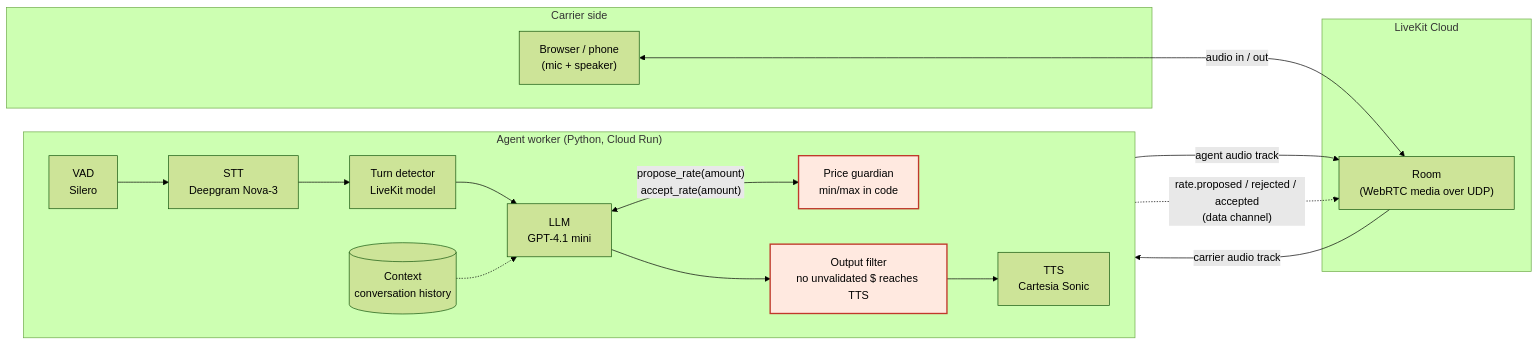
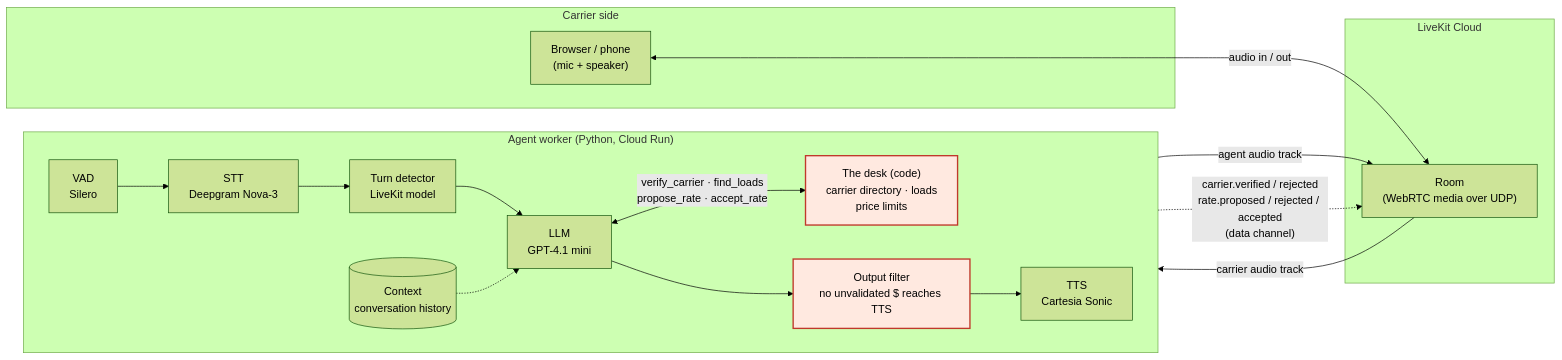
Before and after one commit to JSebastianIEU/voice-freight-negotiator: the diagram in docs/diagrams/01-system-architecture.mmd, drawn with Mermaid (forest theme). The commit also changed 6 other files, not shown here.

First line of the commit message:
docs: ADR-007, verify the caller in code before any rate

```diff
--- a/docs/diagrams/01-system-architecture.mmd
+++ b/docs/diagrams/01-system-architecture.mmd
@@ -1,28 +1,28 @@
 %% System architecture: who talks to whom, and what runs inside the agent process.
 flowchart LR
     subgraph client["Carrier side"]
         B["Browser / phone<br/>(mic + speaker)"]
     end
 
     subgraph lk["LiveKit Cloud"]
         R["Room<br/>(WebRTC media over UDP)"]
     end
 
     subgraph worker["Agent worker (Python, Cloud Run)"]
         direction LR
         VAD["VAD<br/>Silero"] --> STT["STT<br/>Deepgram Nova-3"]
         STT --> TD["Turn detector<br/>LiveKit model"]
         TD --> LLM["LLM<br/>GPT-4.1 mini"]
-        LLM <-->|"propose_rate(amount)<br/>accept_rate(amount)"| PG["Price guardian<br/>min/max in code"]
+        LLM <-->|"verify_carrier · find_loads<br/>propose_rate · accept_rate"| PG["The desk (code)<br/>carrier directory · loads<br/>price limits"]
         LLM --> OF["Output filter<br/>no unvalidated $ reaches TTS"]
         OF --> TTS["TTS<br/>Cartesia Sonic"]
         CTX[("Context<br/>conversation history")] -.-> LLM
     end
 
     B <-->|"audio in / out"| R
     R -->|"carrier audio track"| VAD
     TTS -->|"agent audio track"| R
-    PG -.->|"rate.proposed / rejected / accepted<br/>(data channel)"| R
+    PG -.->|"carrier.verified / rejected<br/>rate.proposed / rejected / accepted<br/>(data channel)"| R
 
     classDef guard fill:#ffe9e0,stroke:#c0392b,stroke-width:2px,color:#000;
     class PG,OF guard;
```
